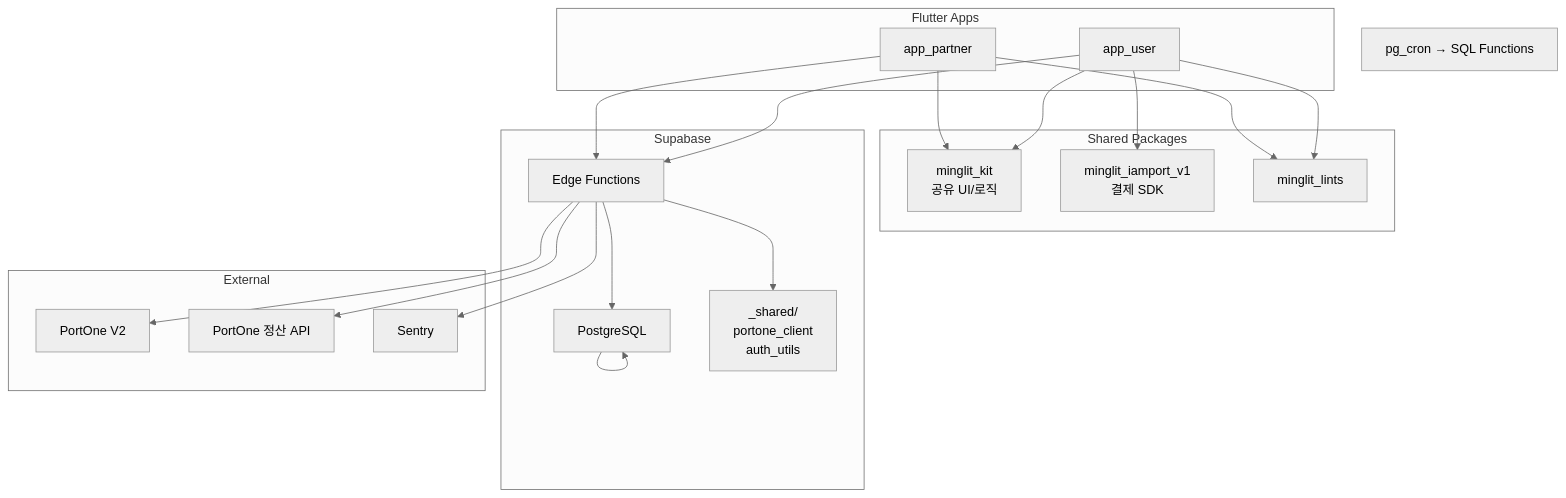
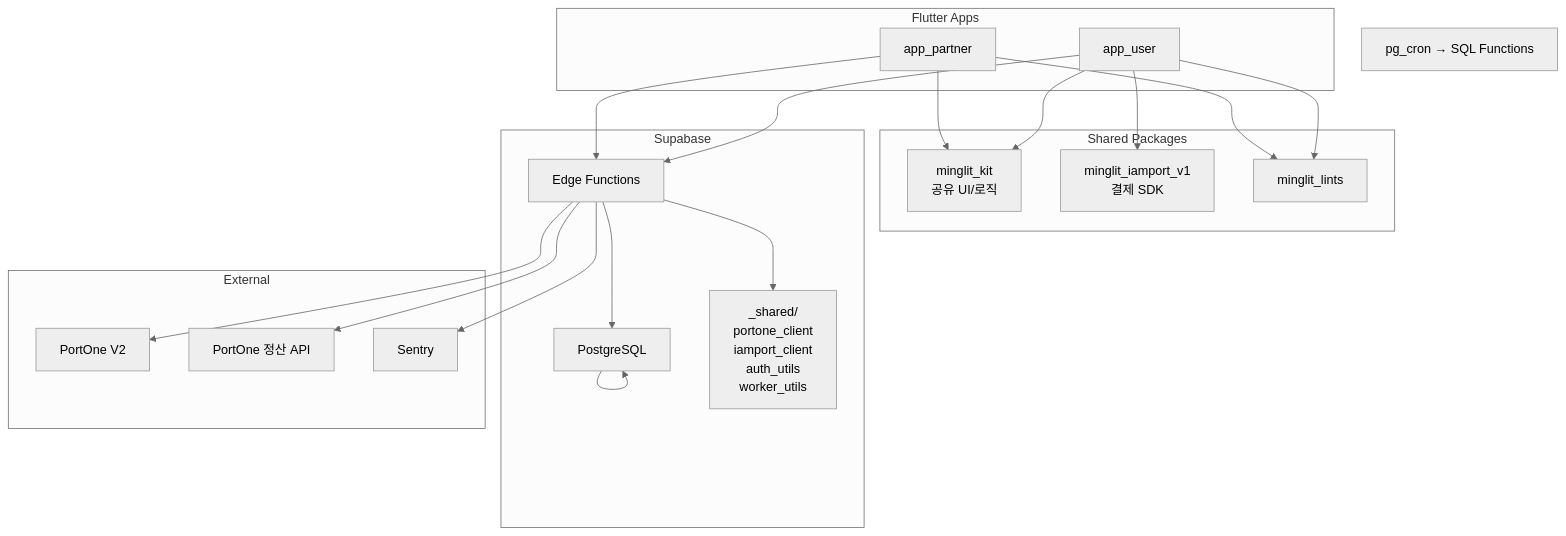
Diagram 11 of 12 in docs/features/partner-settlement/architecture.md (Mark-Yun/minglit), drawn with Mermaid (neutral theme) before and after one commit. The commit also changed other lines of this file and 3 other files, not shown here.

````diff
--- a/docs/features/partner-settlement/architecture.md
+++ b/docs/features/partner-settlement/architecture.md
@@ -633,41 +651,41 @@
 ```mermaid
 flowchart TD
     subgraph Flutter["Flutter Apps"]
         AU[app_user]
         AP[app_partner]
     end
 
     subgraph Shared["Shared Packages"]
         MK[minglit_kit<br/>공유 UI/로직]
         MI[minglit_iamport_v1<br/>결제 SDK]
         ML[minglit_lints]
     end
 
     subgraph Supabase["Supabase"]
         EF[Edge Functions]
         PG[PostgreSQL]
-        SH[_shared/<br/>portone_client<br/>auth_utils]
+        SH[_shared/<br/>portone_client<br/>iamport_client<br/>auth_utils<br/>worker_utils]
     end
 
     subgraph External["External"]
         PO[PortOne V2]
         BK[PortOne 정산 API]
         SE[Sentry]
     end
 
     AU --> MK
     AU --> MI
     AP --> MK
     AU & AP --> ML
 
     AU --> EF
     AP --> EF
     EF --> SH
     EF --> PG
     EF --> PO
     EF --> BK
     EF --> SE
 
     PG --> PG
     note1[pg_cron → SQL Functions]
 ```
````
